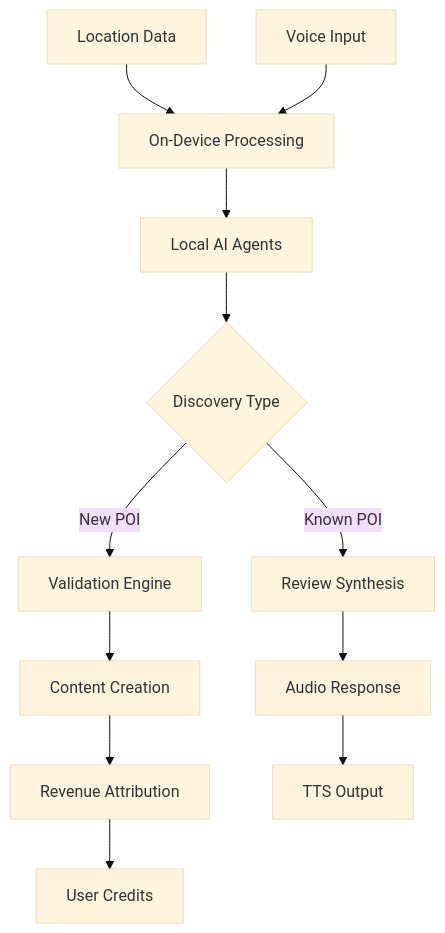
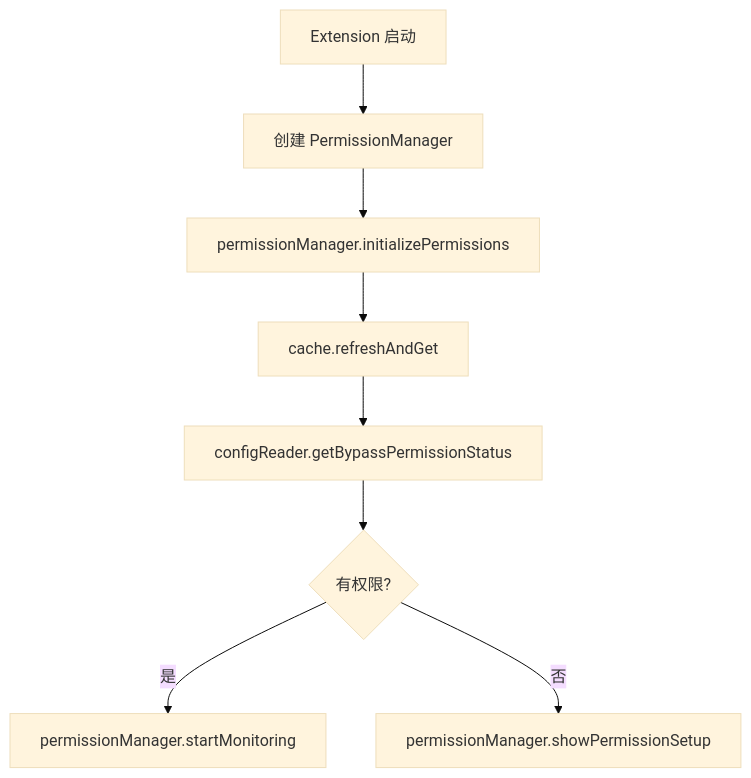
One commit to ezrover/POICompanion changed the third of 3 diagrams in .claude/agents/agent-design.md. Above: the diagram before and after it, drawn with Mermaid (base theme). The commit also changed other lines of this file and 15 other files, not shown here.

````diff
--- a/.claude/agents/agent-design.md
+++ b/.claude/agents/agent-design.md
@@ -344,14 +86,13 @@
 ```mermaid
 flowchart TD
-    A[Location Data] --> B[On-Device Processing]
-    C[Voice Input] --> B
-    B --> D[Local AI Agents]
-    D --> E{Discovery Type}
-    E -->|New POI| F[Validation Engine]
-    E -->|Known POI| G[Review Synthesis]
-    F --> H[Content Creation]
-    G --> I[Audio Response]
-    H --> J[Revenue Attribution]
-    I --> K[TTS Output]
-    J --> L[User Credits]
+    A[Extension 启动] --> B[创建 PermissionManager]
+    B --> C[permissionManager.initializePermissions]
+    C --> D[cache.refreshAndGet]
+    D --> E[configReader.getBypassPermissionStatus]
+    E --> F{有权限?}
+    F -->|是| G[permissionManager.startMonitoring]
+    F -->|否| H[permissionManager.showPermissionSetup]
+    
+    %% 注意：直接引用前面定义的接口方法
+    %% 这样可以保证设计的一致性和可追溯性
 ```
````
